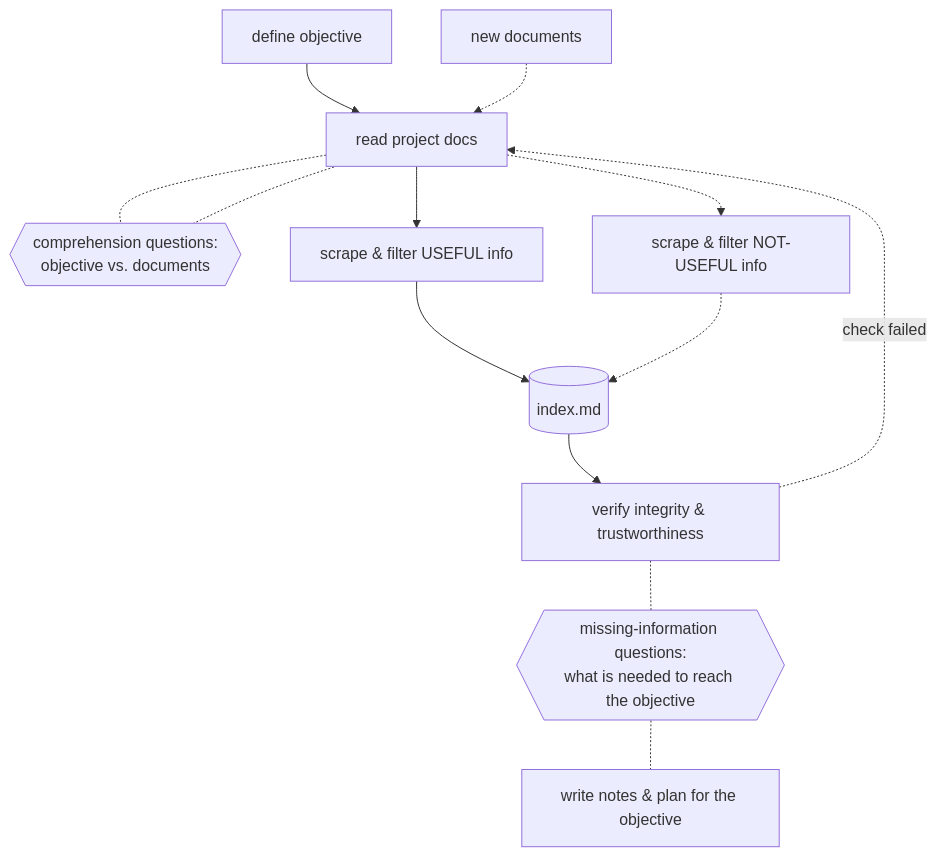
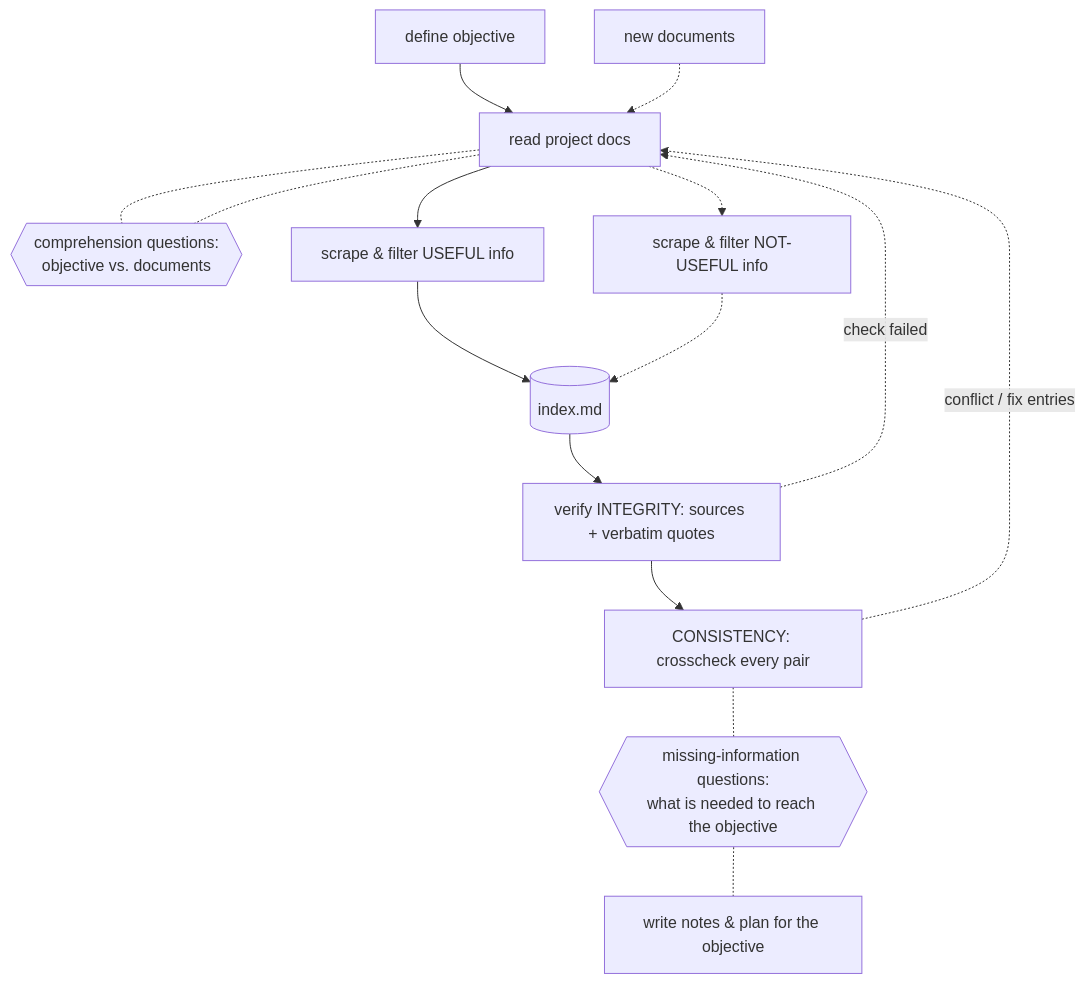
The diagram in README.md (b-iurea/dsh-doc-workflow), drawn with Mermaid before and after one commit. The commit also changed other lines of this file and 4 other files, not shown here.

First line of the commit message:
v2: source-backed entries + integrity/consistency phases

````diff
--- a/README.md
+++ b/README.md
@@ -9,15 +9,17 @@
 ```mermaid
 flowchart TD
     A[define objective] --> B[read project docs]
     N[new documents] -.-> B
     B -.- Q1{{"comprehension questions:<br>objective vs. documents"}}
     Q1 -.- B
     B --> C[scrape & filter USEFUL info]
     B -.-> D[scrape & filter NOT-USEFUL info]
     C --> E[(index.md)]
     D -.-> E
-    E --> F[verify integrity & trustworthiness]
+    E --> F[verify INTEGRITY: sources + verbatim quotes]
     F -. check failed .-> B
-    F -.- Q2{{"missing-information questions:<br>what is needed to reach the objective"}}
+    F --> K[CONSISTENCY: crosscheck every pair]
+    K -. conflict / fix entries .-> B
+    K -.- Q2{{"missing-information questions:<br>what is needed to reach the objective"}}
     Q2 -.- G[write notes & plan for the objective]
 ```
````
